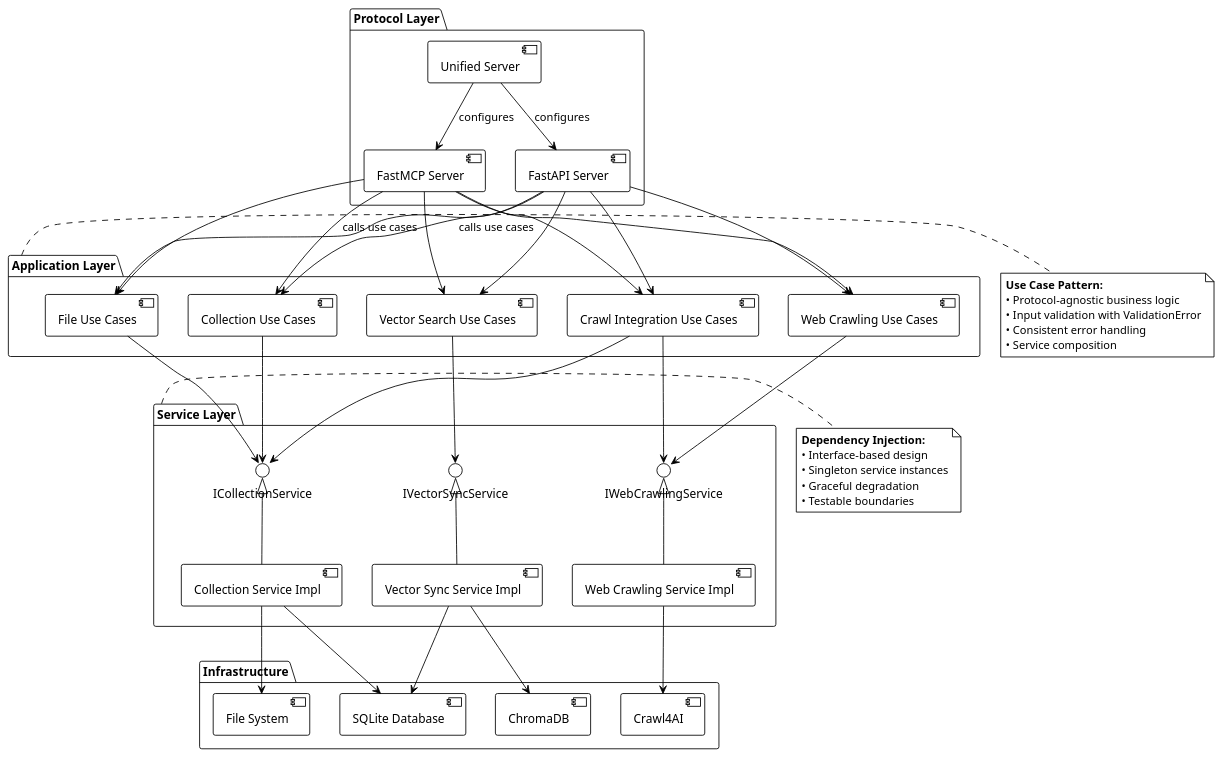
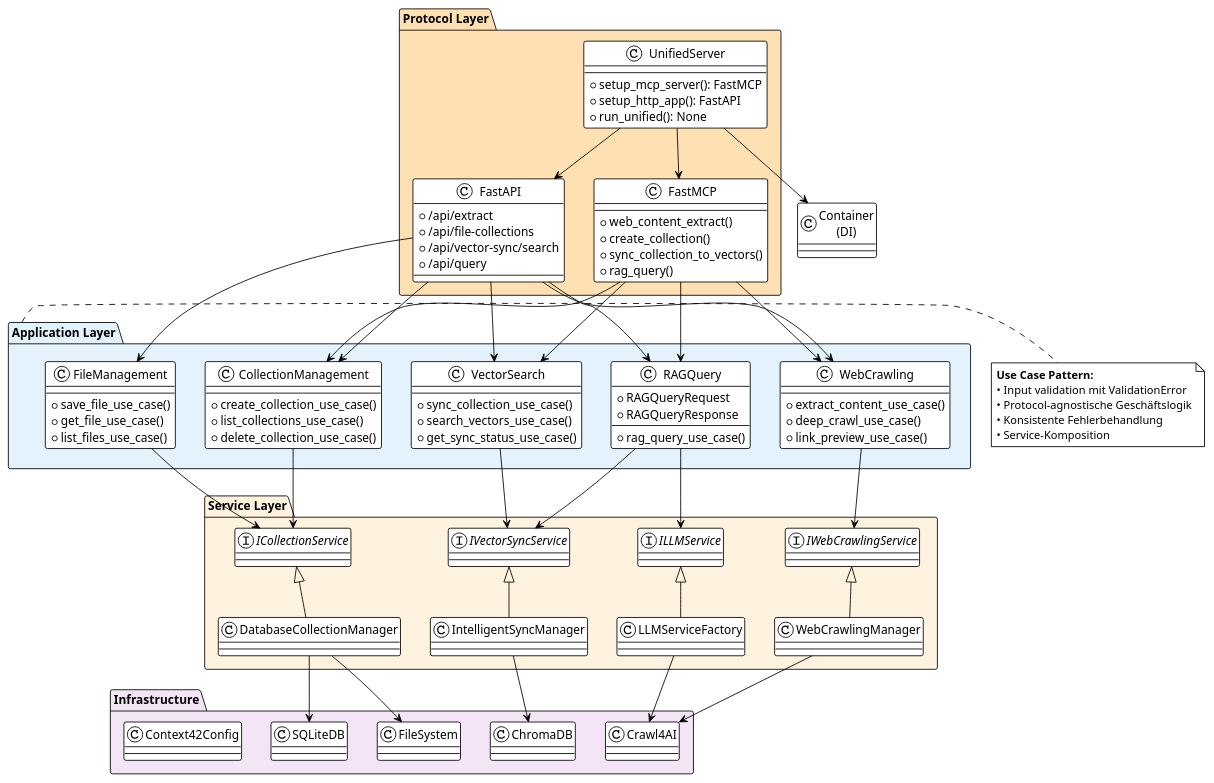
Before and after one commit to fwegener83/crawl4ai-mcp-server: the second of 13 diagrams in docs/ARCHITECTURE.md, drawn with PlantUML. The commit also changed other lines of this file and 36 other files, not shown here.

````diff
--- a/docs/ARCHITECTURE.md
+++ b/docs/ARCHITECTURE.md
@@ -251,84 +95,120 @@
 ```puml
-@startuml Backend Architecture
+@startuml backend_architecture
 !theme plain
 
-package "Protocol Layer" {
-  [FastAPI Server] as HTTP
-  [FastMCP Server] as MCP
-  [Unified Server] as Unified
+package "Protocol Layer" #FFE0B2 {
+  class UnifiedServer {
+    +setup_mcp_server(): FastMCP
+    +setup_http_app(): FastAPI
+    +run_unified(): None
+  }
+  
+  class FastMCP {
+    +web_content_extract()
+    +create_collection()
+    +sync_collection_to_vectors()
+    +rag_query()
+  }
+  
+  class FastAPI {
+    +/api/extract
+    +/api/file-collections
+    +/api/vector-sync/search
+    +/api/query
+  }
 }
 
-package "Application Layer" {
-  [Collection Use Cases] as CollUC
-  [File Use Cases] as FileUC
-  [Web Crawling Use Cases] as WebUC
-  [Vector Search Use Cases] as VecUC
-  [Crawl Integration Use Cases] as IntUC
+package "Application Layer" #E3F2FD {
+  class CollectionManagement {
+    +create_collection_use_case()
+    +list_collections_use_case()
+    +delete_collection_use_case()
+  }
+  
+  class FileManagement {
+    +save_file_use_case()
+    +get_file_use_case()
+    +list_files_use_case()
+  }
+  
+  class WebCrawling {
+    +extract_content_use_case()
+    +deep_crawl_use_case()
+    +link_preview_use_case()
+  }
+  
+  class VectorSearch {
+    +sync_collection_use_case()
+    +search_vectors_use_case()
+    +get_sync_status_use_case()
+  }
+  
+  class RAGQuery {
+    +rag_query_use_case()
+    +RAGQueryRequest
+    +RAGQueryResponse
+  }
 }
 
-package "Service Layer" {
+package "Service Layer" #FFF3E0 {
   interface ICollectionService
-  interface IWebCrawlingService  
+  interface IWebCrawlingService
   interface IVectorSyncService
+  interface ILLMService
   
-  [Collection Service Impl] as CollImpl
-  [Web Crawling Service Impl] as WebImpl
-  [Vector Sync Service Impl] as VecImpl
+  class DatabaseCollectionManager
+  class WebCrawlingManager
+  class IntelligentSyncManager
+  class LLMServiceFactory
 }
 
-package "Infrastructure" {
-  [File System] as FS
-  [SQLite Database] as DB
-  [ChromaDB] as Vector
-  [Crawl4AI] as Crawler
+package "Infrastructure" #F3E5F5 {
+  class SQLiteDB
+  class ChromaDB
+  class FileSystem
+  class Crawl4AI
+  class Context42Config
 }
 
-Unified --> HTTP : "configures"
-Unified --> MCP : "configures"
+UnifiedServer --> FastMCP
+UnifiedServer --> FastAPI
+UnifiedServer --> "Container\n(DI)"
 
-HTTP --> CollUC : "calls use cases"
-HTTP --> FileUC
-HTTP --> WebUC
-HTTP --> VecUC
-HTTP --> IntUC
+FastMCP --> CollectionManagement
+FastMCP --> WebCrawling
+FastMCP --> VectorSearch
+FastMCP --> RAGQuery
 
-MCP --> CollUC : "calls use cases"
-MCP --> FileUC
-MCP --> WebUC
-MCP --> VecUC
-MCP --> IntUC
+FastAPI --> CollectionManagement
+FastAPI --> FileManagement
+FastAPI --> WebCrawling
+FastAPI --> VectorSearch
+FastAPI --> RAGQuery
 
-CollUC --> ICollectionService
-FileUC --> ICollectionService
-WebUC --> IWebCrawlingService
-VecUC --> IVectorSyncService
-IntUC --> IWebCrawlingService
-IntUC --> ICollectionService
+CollectionManagement --> ICollectionService
+FileManagement --> ICollectionService
+WebCrawling --> IWebCrawlingService
+VectorSearch --> IVectorSyncService
+RAGQuery --> IVectorSyncService
+RAGQuery --> ILLMService
 
-ICollectionService <|-- CollImpl
-IWebCrawlingService <|-- WebImpl
-IVectorSyncService <|-- VecImpl
+ICollectionService <|-- DatabaseCollectionManager
+IWebCrawlingService <|-- WebCrawlingManager
+IVectorSyncService <|-- IntelligentSyncManager
+ILLMService <|-- LLMServiceFactory
 
-CollImpl --> FS
-CollImpl --> DB
-WebImpl --> Crawler
-VecImpl --> Vector
-VecImpl --> DB
+DatabaseCollectionManager --> SQLiteDB
+DatabaseCollectionManager --> FileSystem
+WebCrawlingManager --> Crawl4AI
+IntelligentSyncManager --> ChromaDB
+LLMServiceFactory --> Crawl4AI
 
 note right of "Application Layer"
   **Use Case Pattern:**
-  • Protocol-agnostic business logic
-  • Input validation with ValidationError
-  • Consistent error handling
-  • Service composition
-end note
-
-note right of "Service Layer"
-  **Dependency Injection:**
-  • Interface-based design
-  • Singleton service instances
-  • Graceful degradation
-  • Testable boundaries
+  • Input validation mit ValidationError
+  • Protocol-agnostische Geschäftslogik
+  • Konsistente Fehlerbehandlung
+  • Service-Komposition
 end note
 
 @enduml
````
